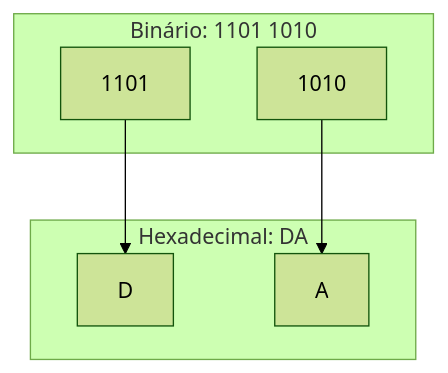
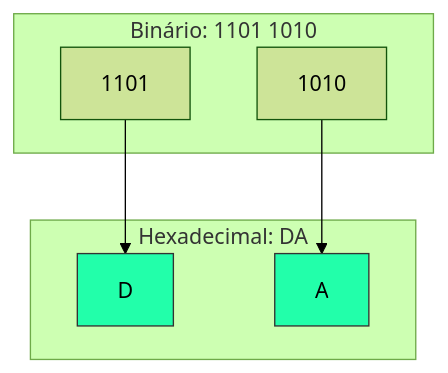
Before and after one commit to ricardotecpro/ads_mod_01_fundamentos_da_computacao: the diagram in docs/aulas/aula-06.md, drawn with Mermaid (forest theme). The commit also changed other lines of this file and 31 other files, not shown here.

````diff
--- a/docs/aulas/aula-06.md
+++ b/docs/aulas/aula-06.md
@@ -30,15 +21,17 @@
 ```mermaid
 graph TD
     subgraph Binário: 1101 1010
-    B1[1101]
-    B2[1010]
+    B1["1101"]
+    B2["1010"]
     end
     
     subgraph Hexadecimal: DA
-    H1[D]
-    H2[A]
+    H1["D"]
+    H2["A"]
     end
 
     B1 --> H1
     B2 --> H2
+    style H1 fill:#2fa,stroke:#333
+    style H2 fill:#2fa,stroke:#333
 ```
````
